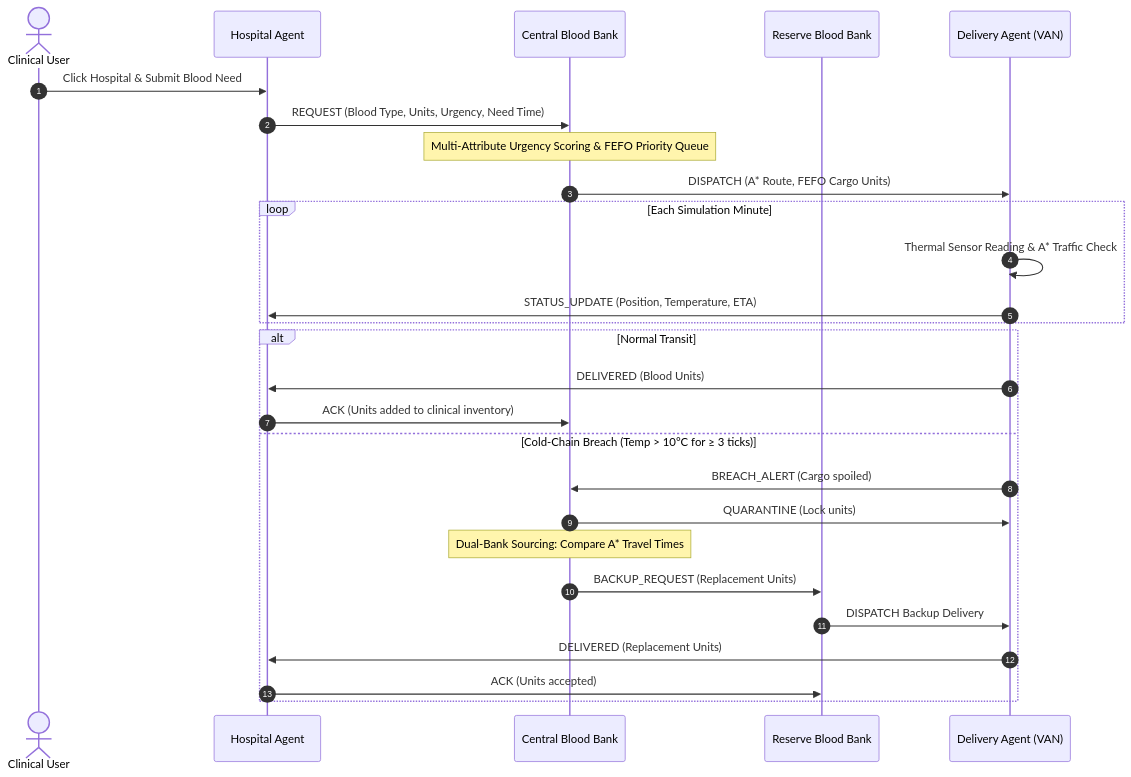
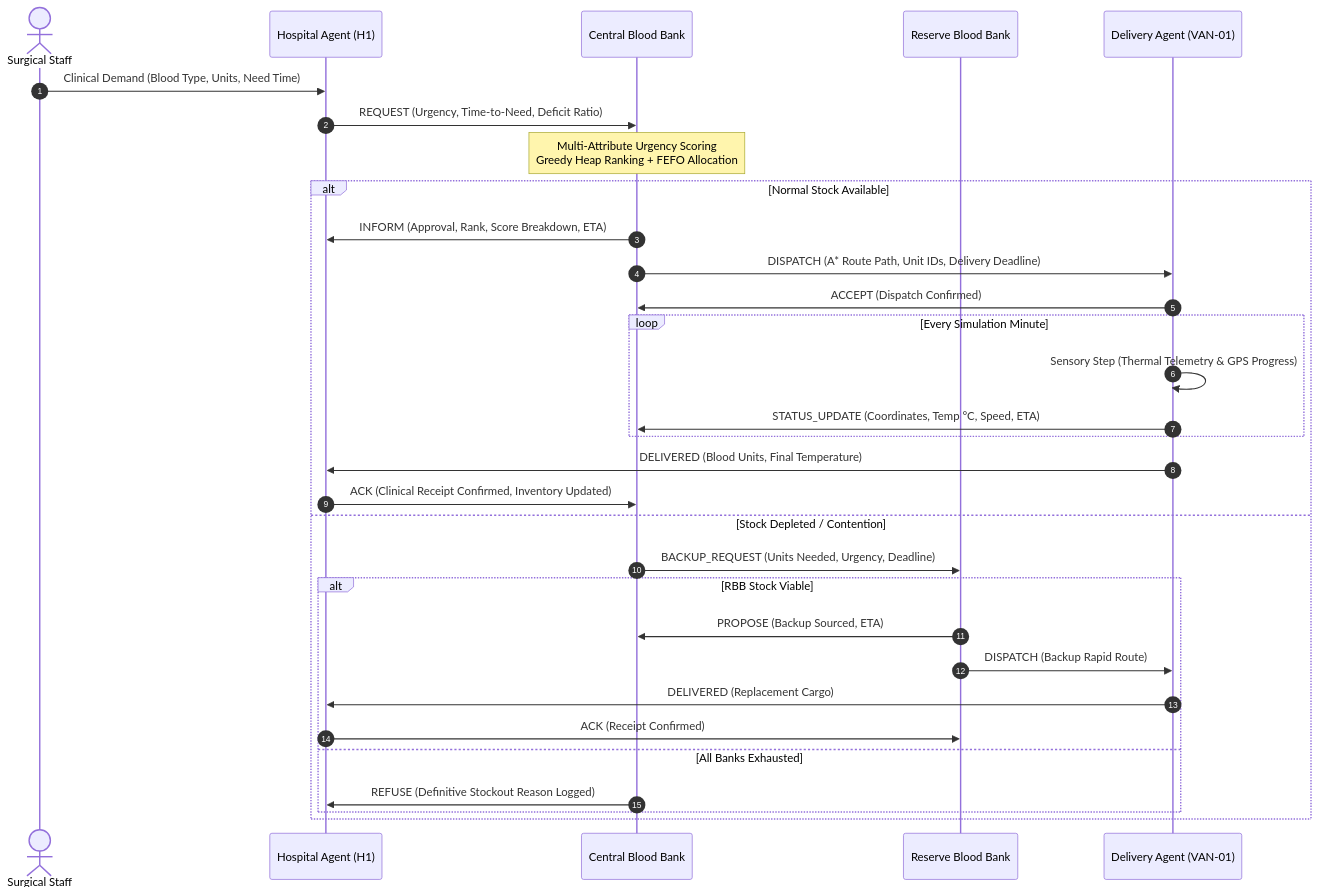
Before and after one commit to Gnanesh-12/Multi-Agent-Blood-Supply-and-Cold-Chain-Management: the diagram in README.md, drawn with Mermaid. The commit also changed other lines of this file and 3 other files, not shown here.

````diff
--- a/README.md
+++ b/README.md
@@ -152,30 +88,34 @@
 ```mermaid
 sequenceDiagram
     autonumber
-    actor User as Clinical User
-    participant H as Hospital Agent
+    actor Clinician as Surgical Staff
+    participant H as Hospital Agent (H1)
     participant CBB as Central Blood Bank
     participant RBB as Reserve Blood Bank
-    participant DEV as Delivery Agent (VAN)
+    participant DEV as Delivery Agent (VAN-01)
 
-    User->>H: Click Hospital & Submit Blood Need
-    H->>CBB: REQUEST (Blood Type, Units, Urgency, Need Time)
-    Note over CBB: Multi-Attribute Urgency Scoring & FEFO Priority Queue
-    CBB->>DEV: DISPATCH (A* Route, FEFO Cargo Units)
-    loop Each Simulation Minute
-        DEV->>DEV: Thermal Sensor Reading & A* Traffic Check
-        DEV->>H: STATUS_UPDATE (Position, Temperature, ETA)
-    end
-    alt Normal Transit
-        DEV->>H: DELIVERED (Blood Units)
-        H->>CBB: ACK (Units added to clinical inventory)
-    else Cold-Chain Breach (Temp > 10°C for ≥ 3 ticks)
-        DEV->>CBB: BREACH_ALERT (Cargo spoiled)
-        CBB->>DEV: QUARANTINE (Lock units)
-        Note over CBB: Dual-Bank Sourcing: Compare A* Travel Times
-        CBB->>RBB: BACKUP_REQUEST (Replacement Units)
-        RBB->>DEV: DISPATCH Backup Delivery
-        DEV->>H: DELIVERED (Replacement Units)
-        H->>RBB: ACK (Units accepted)
+    Clinician->>H: Clinical Demand (Blood Type, Units, Need Time)
+    H->>CBB: REQUEST (Urgency, Time-to-Need, Deficit Ratio)
+    Note over CBB: Multi-Attribute Urgency Scoring<br/>Greedy Heap Ranking + FEFO Allocation
+    alt Normal Stock Available
+        CBB->>H: INFORM (Approval, Rank, Score Breakdown, ETA)
+        CBB->>DEV: DISPATCH (A* Route Path, Unit IDs, Delivery Deadline)
+        DEV->>CBB: ACCEPT (Dispatch Confirmed)
+        loop Every Simulation Minute
+            DEV->>DEV: Sensory Step (Thermal Telemetry & GPS Progress)
+            DEV->>CBB: STATUS_UPDATE (Coordinates, Temp °C, Speed, ETA)
+        end
+        DEV->>H: DELIVERED (Blood Units, Final Temperature)
+        H->>CBB: ACK (Clinical Receipt Confirmed, Inventory Updated)
+    else Stock Depleted / Contention
+        CBB->>RBB: BACKUP_REQUEST (Units Needed, Urgency, Deadline)
+        alt RBB Stock Viable
+            RBB->>CBB: PROPOSE (Backup Sourced, ETA)
+            RBB->>DEV: DISPATCH (Backup Rapid Route)
+            DEV->>H: DELIVERED (Replacement Cargo)
+            H->>RBB: ACK (Receipt Confirmed)
+        else All Banks Exhausted
+            CBB->>H: REFUSE (Definitive Stockout Reason Logged)
+        end
     end
 ```
````
